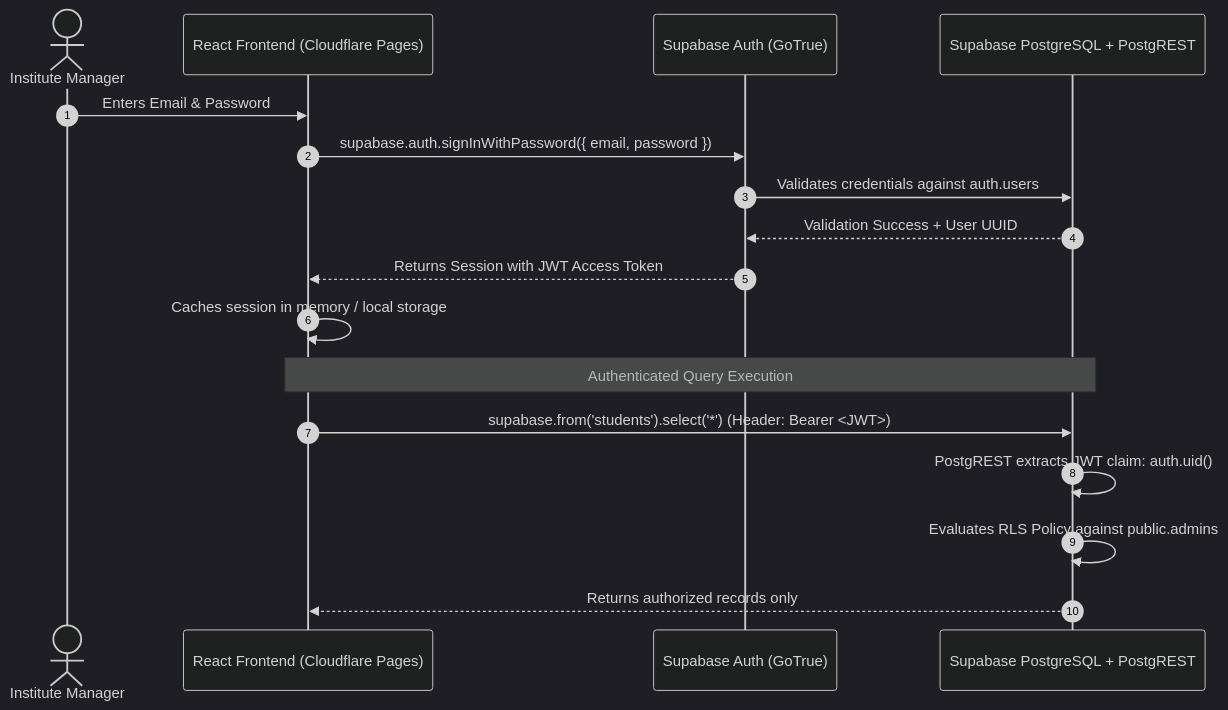
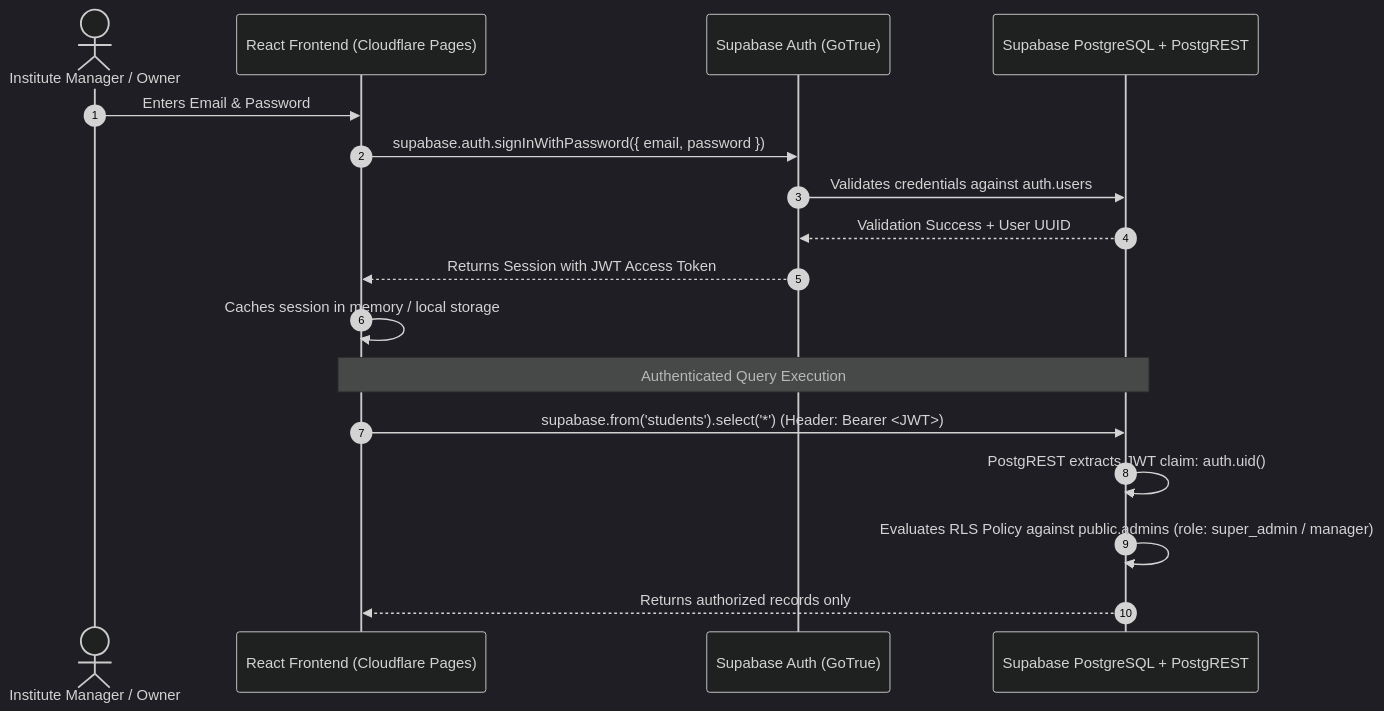
One commit to Rihan-saifi46/Institute_management_app changed the diagram in docs/02-architecture/AUTH_AND_SECURITY.md. Above: the diagram before and after it, drawn with Mermaid (dark theme). The commit also changed other lines of this file and 15 other files, not shown here.

````diff
--- a/docs/02-architecture/AUTH_AND_SECURITY.md
+++ b/docs/02-architecture/AUTH_AND_SECURITY.md
@@ -16,21 +16,21 @@
 ```mermaid
 sequenceDiagram
     autonumber
-    actor Admin as Institute Manager
+    actor Admin as Institute Manager / Owner
     participant UI as React Frontend (Cloudflare Pages)
     participant Auth as Supabase Auth (GoTrue)
     participant DB as Supabase PostgreSQL + PostgREST
 
     Admin->>UI: Enters Email & Password
     UI->>Auth: supabase.auth.signInWithPassword({ email, password })
     Auth->>DB: Validates credentials against auth.users
     DB-->>Auth: Validation Success + User UUID
     Auth-->>UI: Returns Session with JWT Access Token
     UI->>UI: Caches session in memory / local storage
     
     Note over UI,DB: Authenticated Query Execution
     UI->>DB: supabase.from('students').select('*') (Header: Bearer <JWT>)
     DB->>DB: PostgREST extracts JWT claim: auth.uid()
-    DB->>DB: Evaluates RLS Policy against public.admins
+    DB->>DB: Evaluates RLS Policy against public.admins (role: super_admin / manager)
     DB-->>UI: Returns authorized records only
 ```
````
